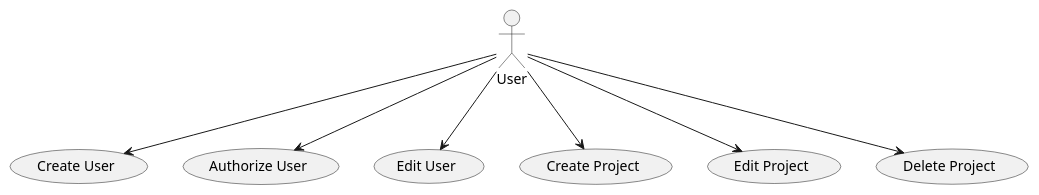
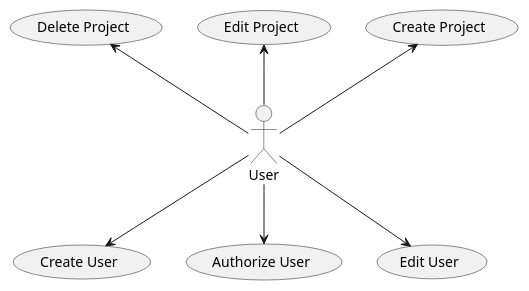
One commit to luckyscammer/IO-35_DB_gr4 changed the second of 20 diagrams in docs/use cases/README.md. Above: the diagram before and after it, drawn with PlantUML.

Commit message:
Fixed user diagram

```diff
--- a/docs/use cases/README.md
+++ b/docs/use cases/README.md
@@ -37,12 +37,12 @@
 @startuml
 
 actor User as U
 
-U --> (Create User)
-U --> (Authorize User)
-U --> (Edit User)
-U --> (Create Project)
-U --> (Edit Project)
-U --> (Delete Project)
+U -d-> (Create User)
+U -d-> (Authorize User)
+U -d-> (Edit User)
+U -u-> (Create Project)
+U -u-> (Edit Project)
+U -u-> (Delete Project)
 
 @enduml
```
